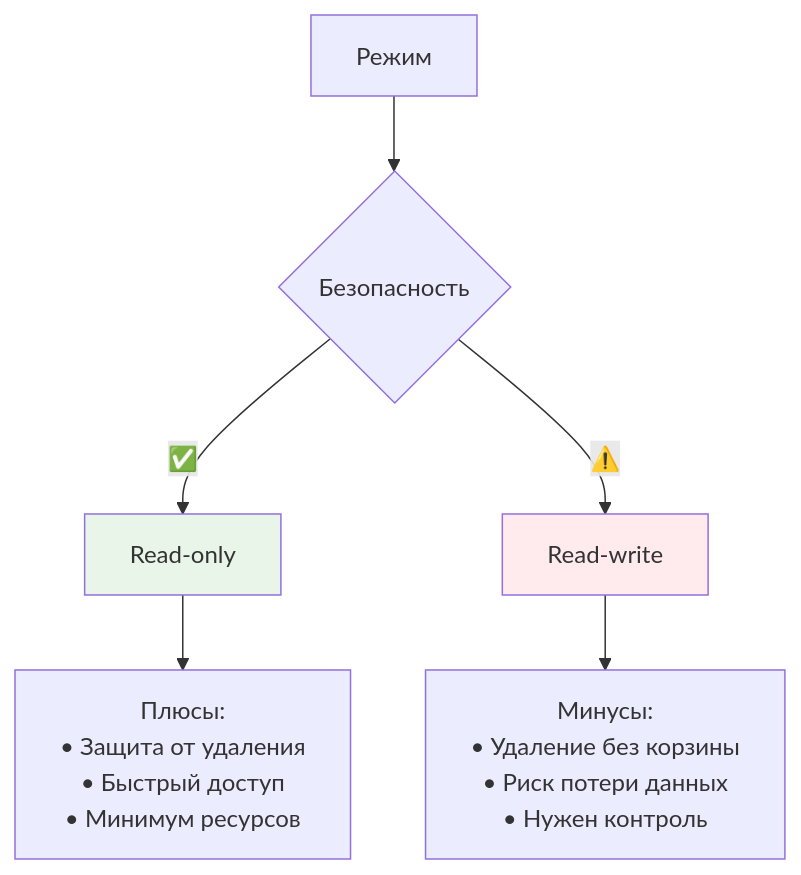
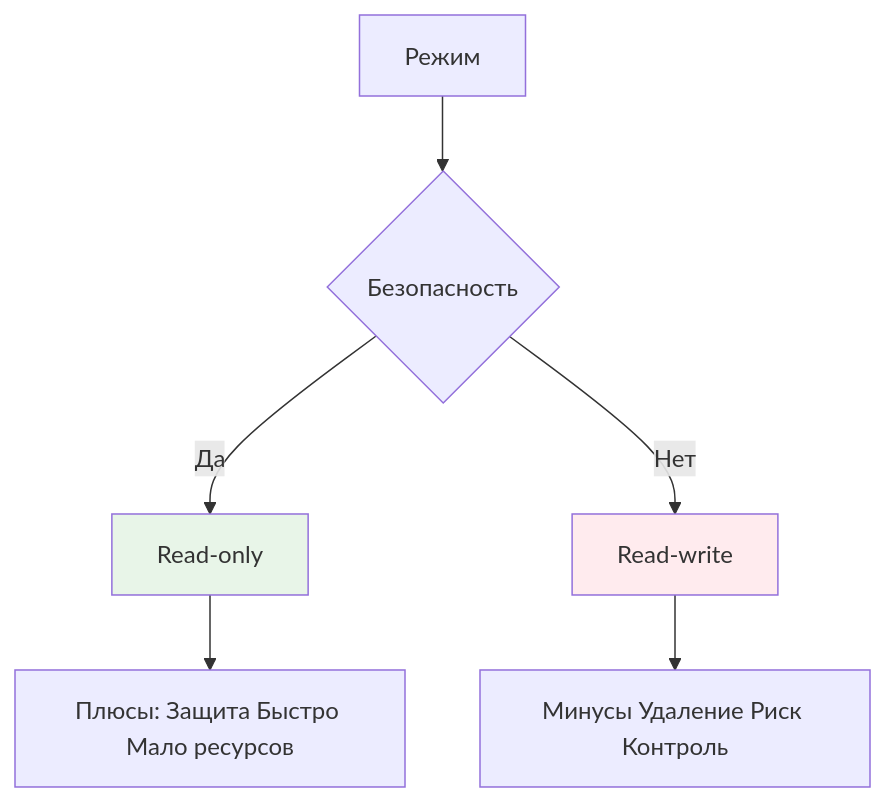
The sixth of 9 diagrams in docs/Диаграммы.md (medphisiker/rclone-manager), drawn with Mermaid before and after one commit. The commit also changed other lines of this file, not shown here.

First line of the commit message:
docs: добавить диаграммы для Rclone Manager

````diff
--- a/docs/Диаграммы.md
+++ b/docs/Диаграммы.md
@@ -146,12 +107,12 @@
 ```mermaid
 graph TD
     A[Режим] --> B{Безопасность}
-    B -->|✅| C[Read-only]
-    B -->|⚠️| D[Read-write]
+    B -->|Да| C[Read-only]
+    B -->|Нет| D[Read-write]
     
-    C --> E[Плюсы:<br/>• Защита от удаления<br/>• Быстрый доступ<br/>• Минимум ресурсов]
-    D --> F[Минусы:<br/>• Удаление без корзины<br/>• Риск потери данных<br/>• Нужен контроль]
+    C --> E[Плюсы: Защита Быстро Мало ресурсов]
+    D --> F[Минусы Удаление Риск Контроль]
     
     style C fill:#e8f5e8
     style D fill:#ffebee
 ```
````
